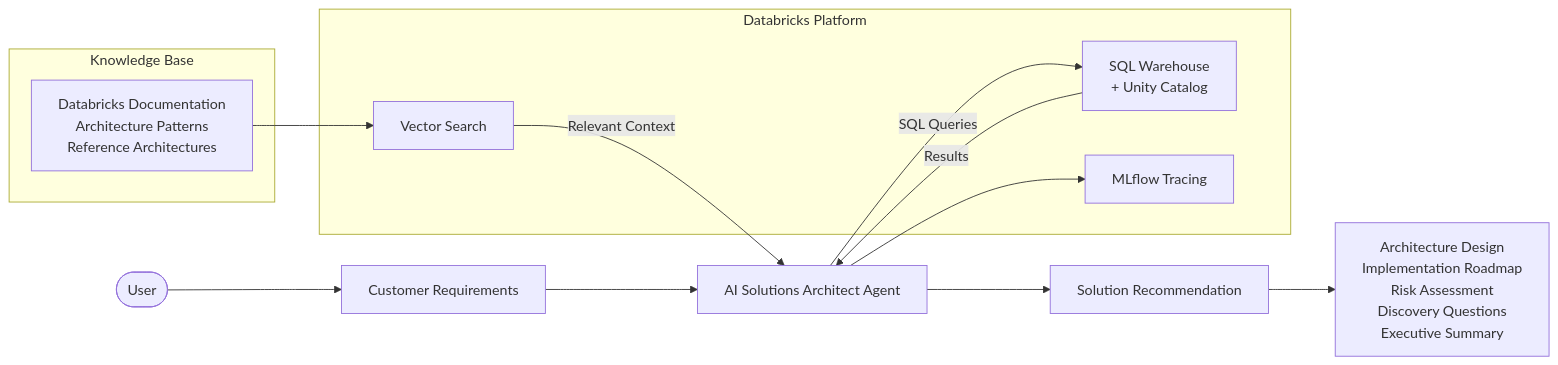
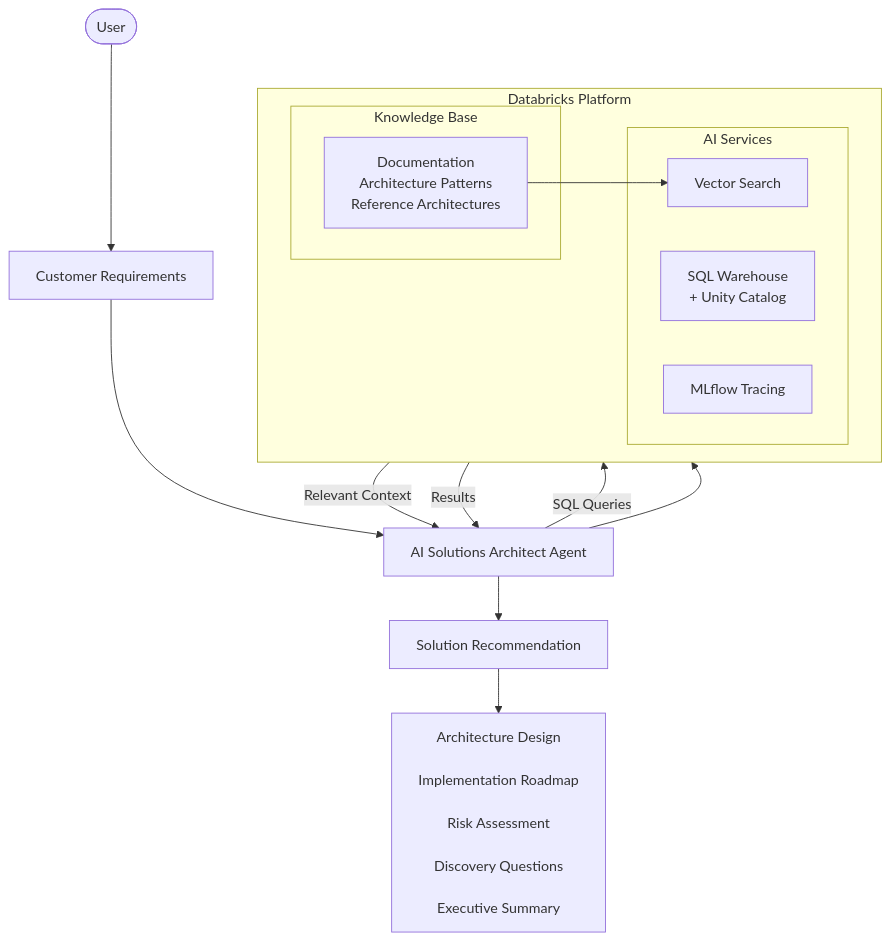
The diagram in README.md (Solveright/Enterprise-Solutions-Architect-Agent), drawn with Mermaid before and after one commit.

````diff
--- a/README.md
+++ b/README.md
@@ -1,41 +1,59 @@
 ```mermaid
-flowchart LR
+flowchart TD
 
+%% ==========================
 %% User
+%% ==========================
+
 U([User])
 REQ[Customer Requirements]
 
 U --> REQ
 
+%% ==========================
 %% AI Agent
-AGENT[AI Solutions Architect Agent]
+%% ==========================
 
-REQ --> AGENT
+REQ --> AGENT[AI Solutions Architect Agent]
 
-%% Knowledge Sources
+%% ==========================
+%% Knowledge & Platform
+%% ==========================
+
+subgraph PLATFORM["Databricks Platform"]
+
+direction LR
+
 subgraph KNOW["Knowledge Base"]
-KB[Databricks Documentation<br/>Architecture Patterns<br/>Reference Architectures]
+KB[Documentation<br/>Architecture Patterns<br/>Reference Architectures]
 end
 
-%% Databricks Platform
-subgraph DBX["Databricks Platform"]
+subgraph SERVICES["AI Services"]
 VS[Vector Search]
-DATA[SQL Warehouse<br/>+ Unity Catalog]
-OBS[MLflow Tracing]
+SQL[SQL Warehouse<br/>+ Unity Catalog]
+TRACE[MLflow Tracing]
 end
 
-%% Knowledge Retrieval
 KB --> VS
+
+end
+
 VS -->|Relevant Context| AGENT
+AGENT -->|SQL Queries| SQL
+SQL -->|Results| AGENT
+AGENT --> TRACE
 
-%% Platform Interaction
-AGENT -->|SQL Queries| DATA
-DATA -->|Results| AGENT
+%% ==========================
+%% Output
+%% ==========================
 
-%% Observability
-AGENT --> OBS
+AGENT --> SOL[Solution Recommendation]
 
-%% Outputs
-AGENT --> OUT[Solution Recommendation]
-OUT --> DELIV[Architecture Design<br/>Implementation Roadmap<br/>Risk Assessment<br/>Discovery Questions<br/>Executive Summary]
+SOL --> DELIVERABLES[
+Architecture Design<br/>
+Implementation Roadmap<br/>
+Risk Assessment<br/>
+Discovery Questions<br/>
+Executive Summary
+]
 ```
````
